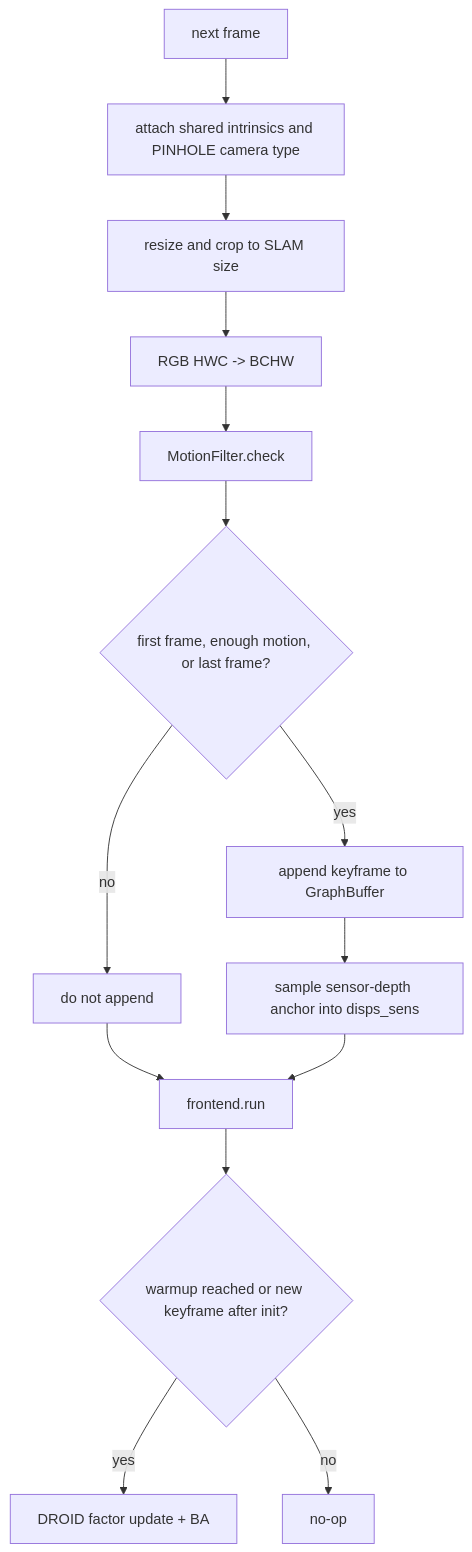
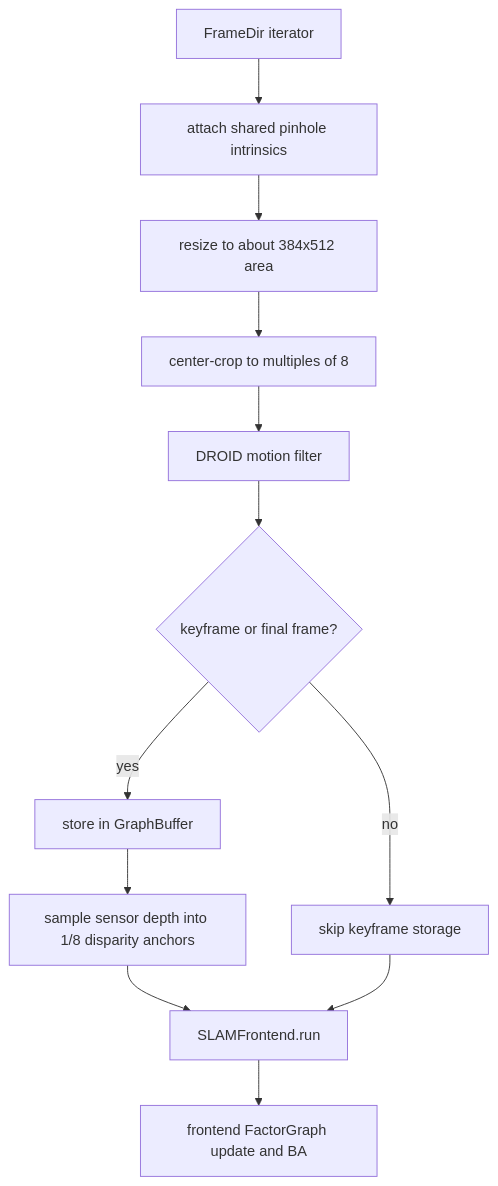
One commit to sadanand1120/vipe changed the second of 5 diagrams in fullexplain.md. Above: the diagram before and after it, drawn with Mermaid. The commit also changed other lines of this file and 24 other files, not shown here.

Commit message:
Unify data contract and extraction flow

````diff
--- a/fullexplain.md
+++ b/fullexplain.md
@@ -366,16 +386,14 @@
 ```mermaid
 flowchart TD
-    A[next frame] --> B[attach shared intrinsics and PINHOLE camera type]
-    B --> C[resize and crop to SLAM size]
-    C --> D[RGB HWC -> BCHW]
-    D --> E[MotionFilter.check]
-    E --> F{first frame, enough motion, or last frame?}
-    F -->|yes| G[append keyframe to GraphBuffer]
-    F -->|no| H[do not append]
-    G --> I[sample sensor-depth anchor into disps_sens]
-    H --> J[frontend.run]
+    A[FrameDir iterator] --> B[attach shared pinhole intrinsics]
+    B --> C[resize to about 384x512 area]
+    C --> D[center-crop to multiples of 8]
+    D --> E[DROID motion filter]
+    E --> F{keyframe or final frame?}
+    F -->|yes| G[store in GraphBuffer]
+    G --> H[sample sensor depth into 1/8 disparity anchors]
+    F -->|no| I[skip keyframe storage]
+    H --> J[SLAMFrontend.run]
     I --> J
-    J --> K{warmup reached or new keyframe after init?}
-    K -->|yes| L[DROID factor update + BA]
-    K -->|no| M[no-op]
+    J --> K[frontend FactorGraph update and BA]
 ```
````
